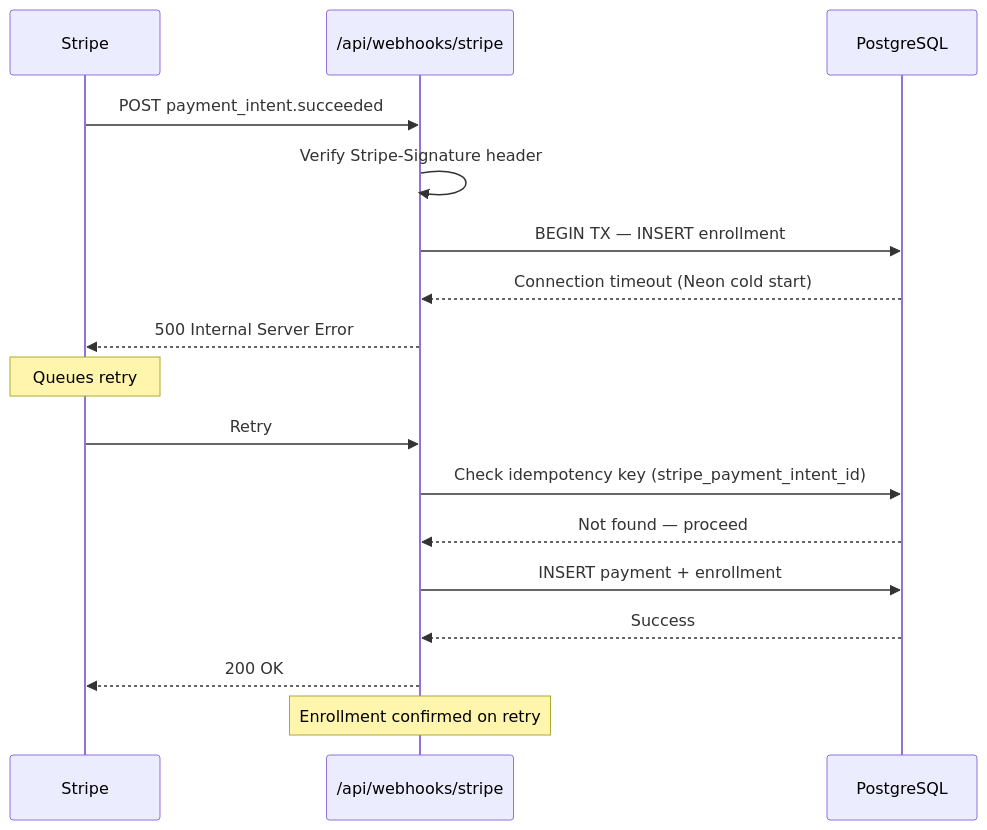
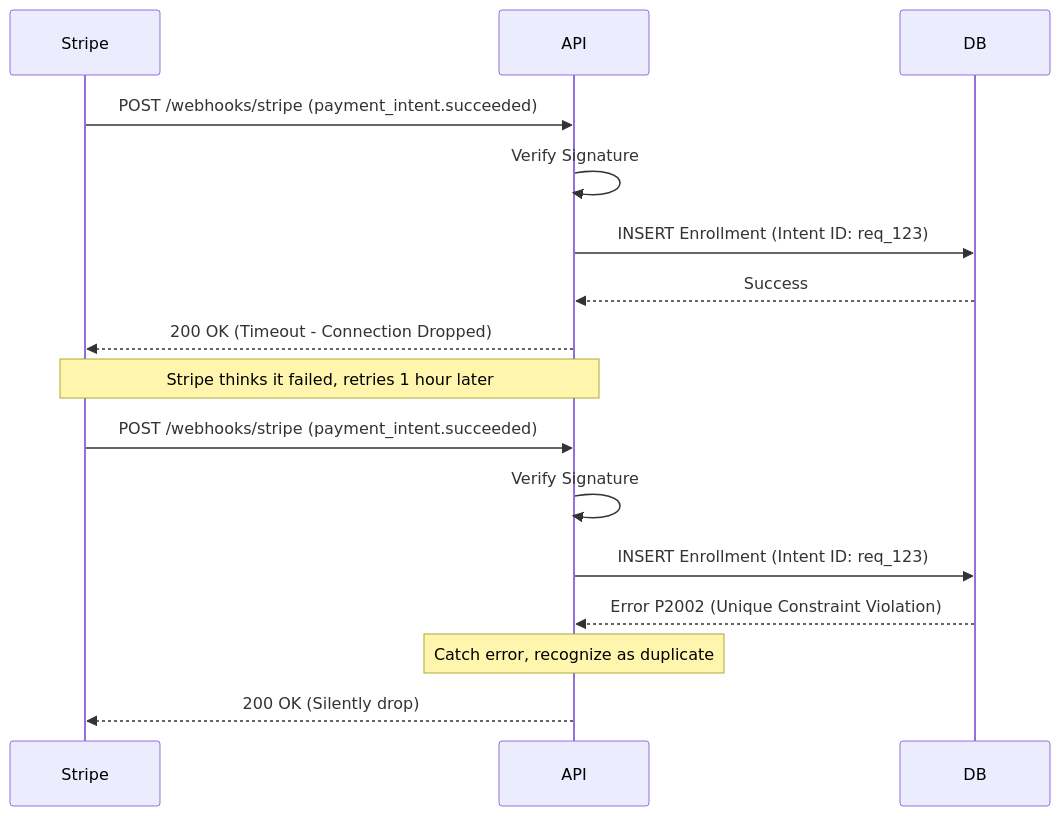
One commit to moses-Dera/learny changed the third of 4 diagrams in CASE_STUDY.mdx. Above: the diagram before and after it, drawn with Mermaid. The commit also changed other lines of this file and 97 other files, not shown here.

Commit message:
feat: implement initial LMS platform architecture, core authentication, course management, and routing infrastructure

````diff
--- a/CASE_STUDY.mdx
+++ b/CASE_STUDY.mdx
@@ -201,20 +111,21 @@
 ```mermaid
 sequenceDiagram
     participant Stripe
-    participant API as /api/webhooks/stripe
-    participant DB as PostgreSQL
+    participant API
+    participant DB
 
-    Stripe->>API: POST payment_intent.succeeded
-    API->>API: Verify Stripe-Signature header
-    API->>DB: BEGIN TX — INSERT enrollment
-    DB-->>API: Connection timeout (Neon cold start)
-    API-->>Stripe: 500 Internal Server Error
-    Note over Stripe: Queues retry #1 (5 min)
-    Stripe->>API: Retry #1
-    API->>DB: Check idempotency key (stripe_payment_intent_id)
-    DB-->>API: Not found — proceed
-    API->>DB: INSERT payment + enrollment
+    Stripe->>API: POST /webhooks/stripe (payment_intent.succeeded)
+    API->>API: Verify Signature
+    API->>DB: INSERT Enrollment (Intent ID: req_123)
     DB-->>API: Success
-    API-->>Stripe: 200 OK
-    Note over API: Enrollment confirmed on retry
+    API-->>Stripe: 200 OK (Timeout - Connection Dropped)
+    
+    Note over Stripe,API: Stripe thinks it failed, retries 1 hour later
+    
+    Stripe->>API: POST /webhooks/stripe (payment_intent.succeeded)
+    API->>API: Verify Signature
+    API->>DB: INSERT Enrollment (Intent ID: req_123)
+    DB-->>API: Error P2002 (Unique Constraint Violation)
+    Note over API: Catch error, recognize as duplicate
+    API-->>Stripe: 200 OK (Silently drop)
 ```
````
